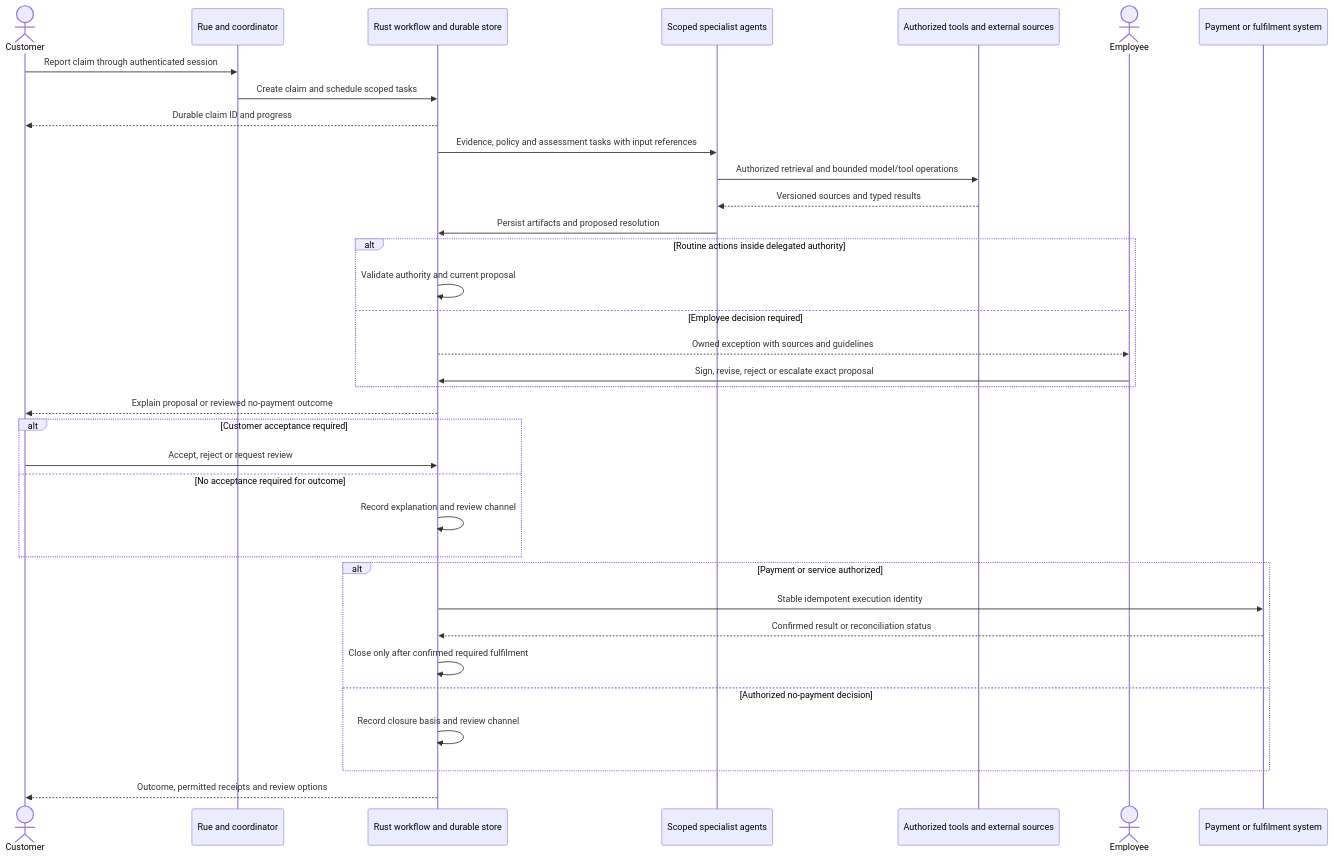
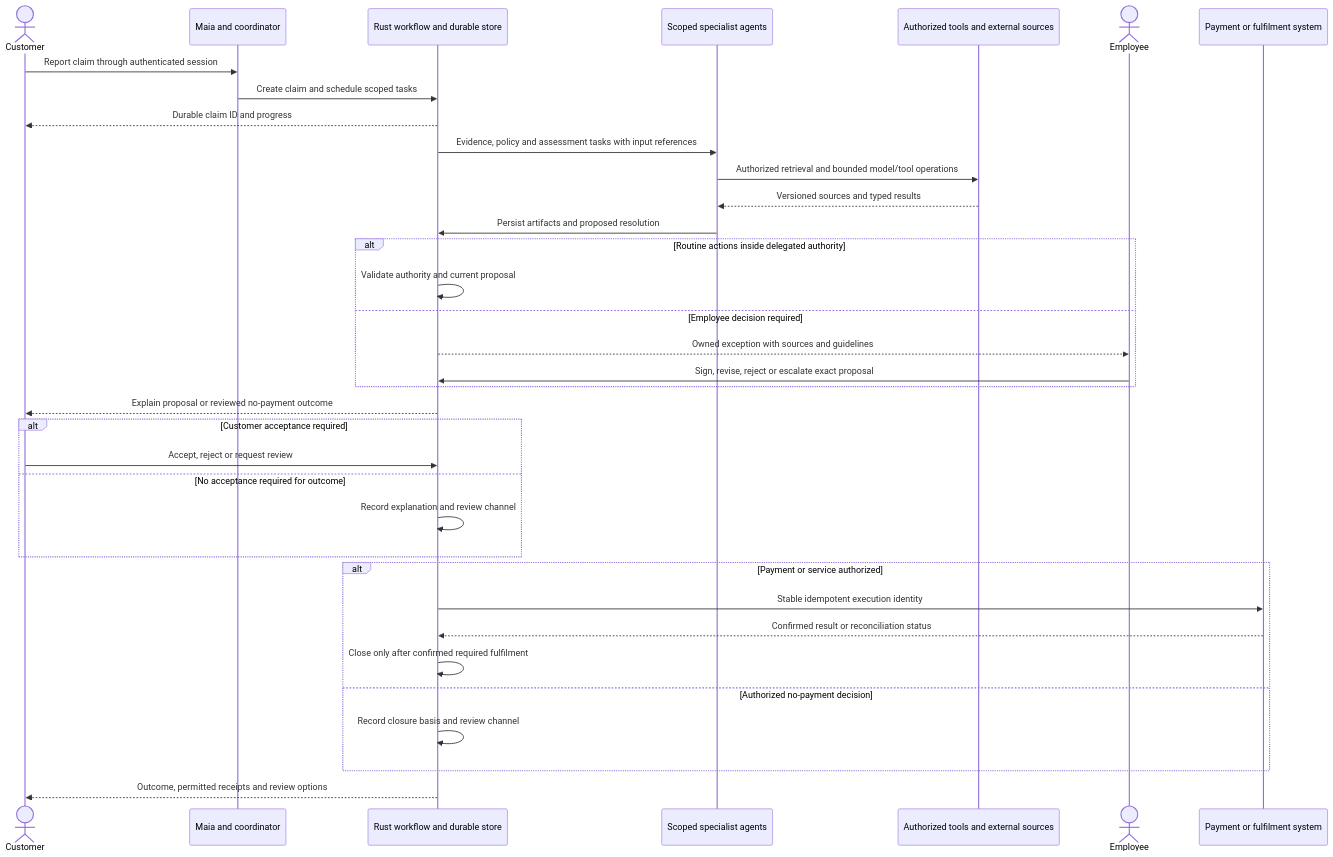
Before and after one commit to niksacdev/jev-sample: the fourth of 6 diagrams in docs/system-design.md, drawn with Mermaid. The commit also changed other lines of this file and 43 other files, not shown here.

````diff
--- a/docs/system-design.md
+++ b/docs/system-design.md
@@ -362,37 +362,37 @@
 ```mermaid
 sequenceDiagram
     actor C as Customer
-    participant R as Rue and coordinator
+    participant R as Maia and coordinator
     participant W as Rust workflow and durable store
     participant A as Scoped specialist agents
     participant T as Authorized tools and external sources
     actor E as Employee
     participant P as Payment or fulfilment system
     C->>R: Report claim through authenticated session
     R->>W: Create claim and schedule scoped tasks
     W-->>C: Durable claim ID and progress
     W->>A: Evidence, policy and assessment tasks with input references
     A->>T: Authorized retrieval and bounded model/tool operations
     T-->>A: Versioned sources and typed results
     A->>W: Persist artifacts and proposed resolution
     alt Routine actions inside delegated authority
         W->>W: Validate authority and current proposal
     else Employee decision required
         W-->>E: Owned exception with sources and guidelines
         E->>W: Sign, revise, reject or escalate exact proposal
     end
     W-->>C: Explain proposal or reviewed no-payment outcome
     alt Customer acceptance required
         C->>W: Accept, reject or request review
     else No acceptance required for outcome
         W->>W: Record explanation and review channel
     end
     alt Payment or service authorized
         W->>P: Stable idempotent execution identity
         P-->>W: Confirmed result or reconciliation status
         W->>W: Close only after confirmed required fulfilment
     else Authorized no-payment decision
         W->>W: Record closure basis and review channel
     end
     W-->>C: Outcome, permitted receipts and review options
 ```
````
